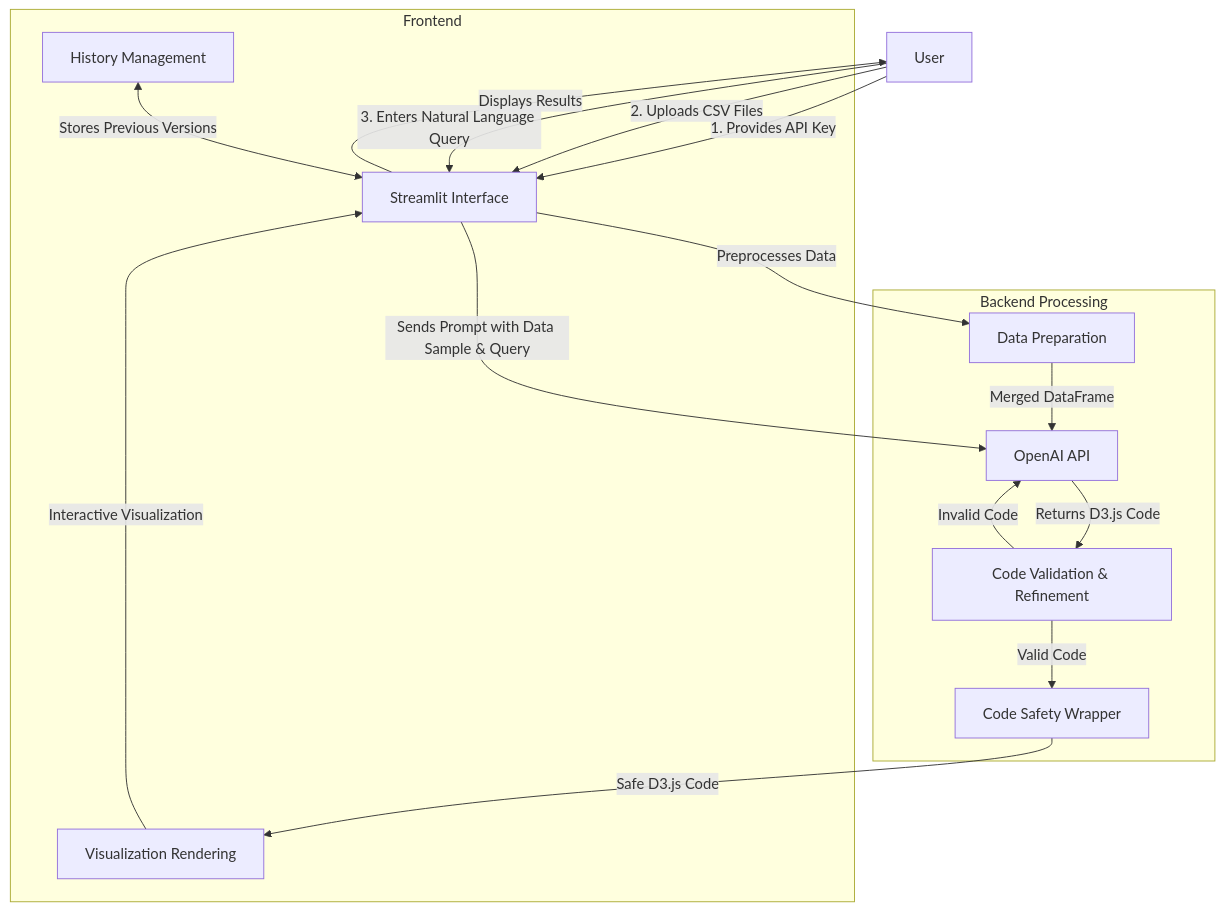
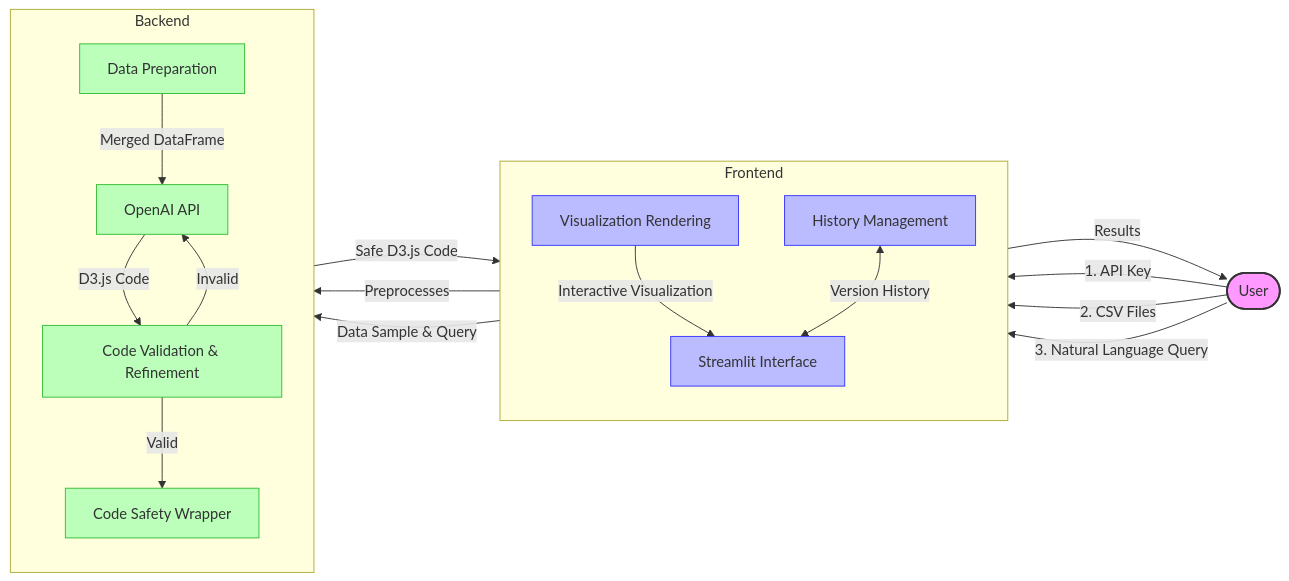
Before and after one commit to sundarmd/Comparative-Visualization-Generator: the diagram in README.md, drawn with Mermaid.

Commit message:
update architecture diagram

````diff
--- a/README.md
+++ b/README.md
@@ -7,35 +7,42 @@
 ```mermaid
-graph TD
-    A[User] -->|1. Provides API Key| B[Streamlit Interface]
-    A -->|2. Uploads CSV Files| B
-    A -->|3. Enters Natural Language Query| B
+flowchart LR
+    classDef userClass fill:#f9f,stroke:#333,stroke-width:2px
+    classDef frontendClass fill:#bbf,stroke:#33f,stroke-width:1px
+    classDef backendClass fill:#bfb,stroke:#3b3,stroke-width:1px
     
-    B -->|Preprocesses Data| C[Data Preparation]
-    C -->|Merged DataFrame| D[OpenAI API]
+    User([User]):::userClass
     
-    B -->|Sends Prompt with Data Sample & Query| D
-    D -->|Returns D3.js Code| E[Code Validation & Refinement]
-    
-    E -->|Invalid Code| D
-    E -->|Valid Code| F[Code Safety Wrapper]
-    
-    F -->|Safe D3.js Code| G[Visualization Rendering]
-    G -->|Interactive Visualization| B
-    
-    B -->|Displays Results| A
-    
-    H[History Management] <-->|Stores Previous Versions| B
-    
-    subgraph Backend Processing
-        C
-        D
-        E
-        F
+    subgraph Frontend
+        direction TB
+        SI[Streamlit Interface]:::frontendClass
+        VR[Visualization Rendering]:::frontendClass
+        HM[History Management]:::frontendClass
     end
     
-    subgraph Frontend
-        B
-        G
-        H
+    subgraph Backend
+        direction TB
+        DP[Data Preparation]:::backendClass
+        OAI[OpenAI API]:::backendClass
+        CV[Code Validation & Refinement]:::backendClass
+        CSW[Code Safety Wrapper]:::backendClass
     end
+    
+    User -->|1. API Key| SI
+    User -->|2. CSV Files| SI
+    User -->|3. Natural Language Query| SI
+    
+    SI -->|Preprocesses| DP
+    DP -->|Merged DataFrame| OAI
+    SI -->|Data Sample & Query| OAI
+    
+    OAI -->|D3.js Code| CV
+    CV -->|Invalid| OAI
+    CV -->|Valid| CSW
+    
+    CSW -->|Safe D3.js Code| VR
+    VR -->|Interactive Visualization| SI
+    
+    SI -->|Results| User
+    
+    HM <-->|Version History| SI
 ```
````
